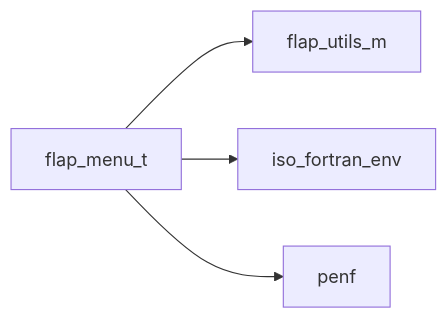
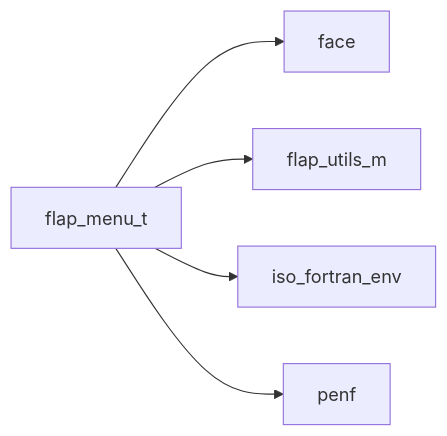
The first of 14 diagrams in docs/api/src/lib/flap_menu_t.md (szaghi/FLAP), drawn with Mermaid before and after one commit. The commit also changed other lines of this file and 6 other files, not shown here.

First line of the commit message:
feat(menu): option, question and error colours via FACE

````diff
--- a/docs/api/src/lib/flap_menu_t.md
+++ b/docs/api/src/lib/flap_menu_t.md
@@ -20,6 +21,7 @@
 ```mermaid
 graph LR
+  flap_menu_t["flap_menu_t"] --> face["face"]
   flap_menu_t["flap_menu_t"] --> flap_utils_m["flap_utils_m"]
   flap_menu_t["flap_menu_t"] --> iso_fortran_env["iso_fortran_env"]
   flap_menu_t["flap_menu_t"] --> penf["penf"]
 ```
````
